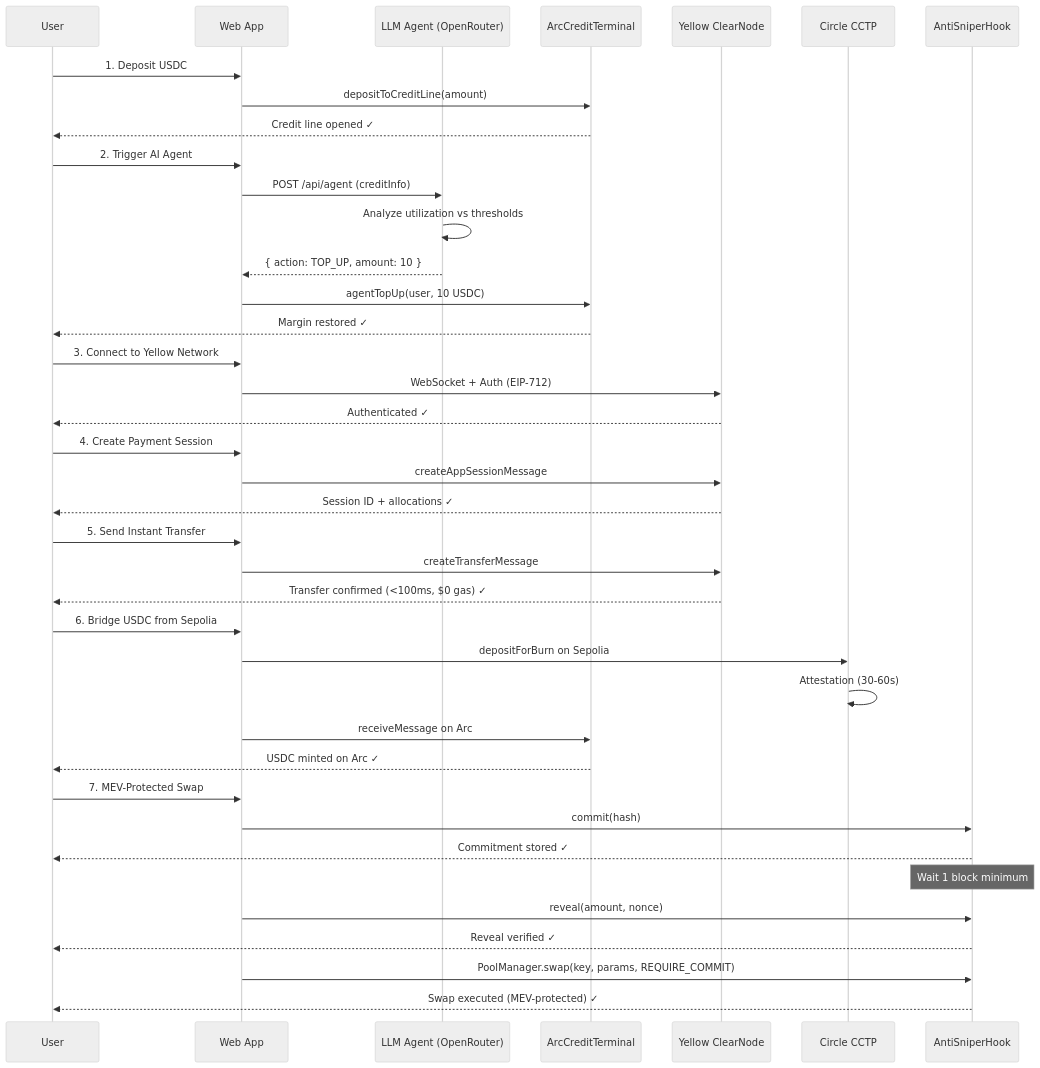
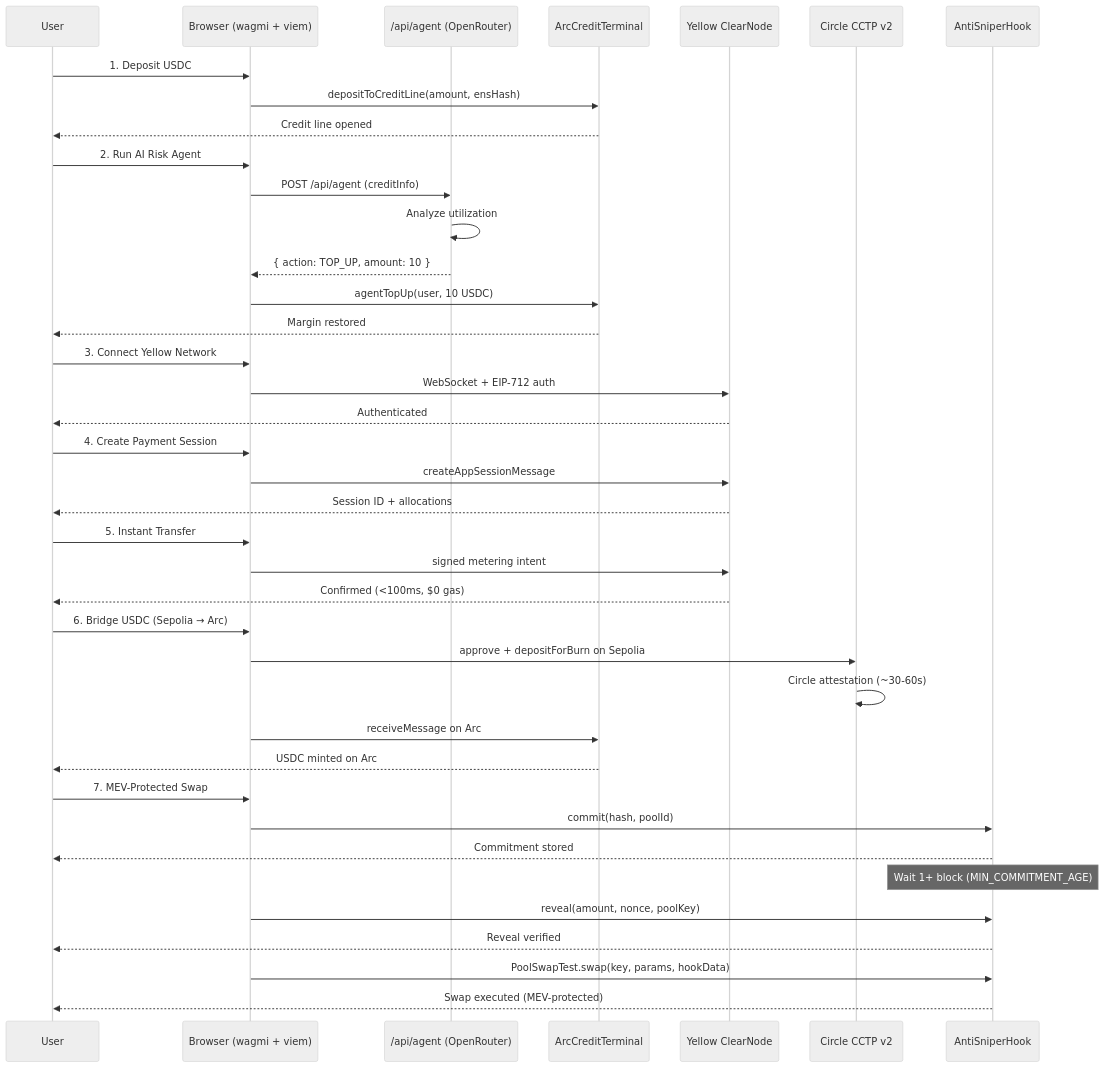
Before and after one commit to N-45div/HackMoney2026: the second of 11 diagrams in ARCHITECTURE.md, drawn with Mermaid (neutral theme). The commit also changed other lines of this file and 2 other files, not shown here.

Commit message:
feat: readme and arch diagram fixes

````diff
--- a/ARCHITECTURE.md
+++ b/ARCHITECTURE.md
@@ -63,48 +74,48 @@
 ```mermaid
 sequenceDiagram
     participant User
-    participant UI as Web App
-    participant Agent as LLM Agent (OpenRouter)
+    participant UI as Browser (wagmi + viem)
+    participant Agent as /api/agent (OpenRouter)
     participant ACT as ArcCreditTerminal
     participant YN as Yellow ClearNode
-    participant CCTP as Circle CCTP
+    participant CCTP as Circle CCTP v2
     participant Hook as AntiSniperHook
 
     User->>UI: 1. Deposit USDC
-    UI->>ACT: depositToCreditLine(amount)
-    ACT-->>User: Credit line opened ✓
-    
-    User->>UI: 2. Trigger AI Agent
+    UI->>ACT: depositToCreditLine(amount, ensHash)
+    ACT-->>User: Credit line opened
+
+    User->>UI: 2. Run AI Risk Agent
     UI->>Agent: POST /api/agent (creditInfo)
-    Agent->>Agent: Analyze utilization vs thresholds
+    Agent->>Agent: Analyze utilization
     Agent-->>UI: { action: TOP_UP, amount: 10 }
     UI->>ACT: agentTopUp(user, 10 USDC)
-    ACT-->>User: Margin restored ✓
-    
-    User->>UI: 3. Connect to Yellow Network
-    UI->>YN: WebSocket + Auth (EIP-712)
-    YN-->>User: Authenticated ✓
-    
+    ACT-->>User: Margin restored
+
+    User->>UI: 3. Connect Yellow Network
+    UI->>YN: WebSocket + EIP-712 auth
+    YN-->>User: Authenticated
+
     User->>UI: 4. Create Payment Session
     UI->>YN: createAppSessionMessage
-    YN-->>User: Session ID + allocations ✓
-    
-    User->>UI: 5. Send Instant Transfer
-    UI->>YN: createTransferMessage
-    YN-->>User: Transfer confirmed (<100ms, $0 gas) ✓
-    
-    User->>UI: 6. Bridge USDC from Sepolia
-    UI->>CCTP: depositForBurn on Sepolia
-    CCTP->>CCTP: Attestation (30-60s)
+    YN-->>User: Session ID + allocations
+
+    User->>UI: 5. Instant Transfer
+    UI->>YN: signed metering intent
+    YN-->>User: Confirmed (<100ms, $0 gas)
+
+    User->>UI: 6. Bridge USDC (Sepolia → Arc)
+    UI->>CCTP: approve + depositForBurn on Sepolia
+    CCTP->>CCTP: Circle attestation (~30-60s)
     UI->>ACT: receiveMessage on Arc
-    ACT-->>User: USDC minted on Arc ✓
-    
+    ACT-->>User: USDC minted on Arc
+
     User->>UI: 7. MEV-Protected Swap
-    UI->>Hook: commit(hash)
-    Hook-->>User: Commitment stored ✓
-    Note over Hook: Wait 1 block minimum
-    UI->>Hook: reveal(amount, nonce)
-    Hook-->>User: Reveal verified ✓
-    UI->>Hook: PoolManager.swap(key, params, REQUIRE_COMMIT)
-    Hook-->>User: Swap executed (MEV-protected) ✓
+    UI->>Hook: commit(hash, poolId)
+    Hook-->>User: Commitment stored
+    Note over Hook: Wait 1+ block (MIN_COMMITMENT_AGE)
+    UI->>Hook: reveal(amount, nonce, poolKey)
+    Hook-->>User: Reveal verified
+    UI->>Hook: PoolSwapTest.swap(key, params, hookData)
+    Hook-->>User: Swap executed (MEV-protected)
 ```
````
